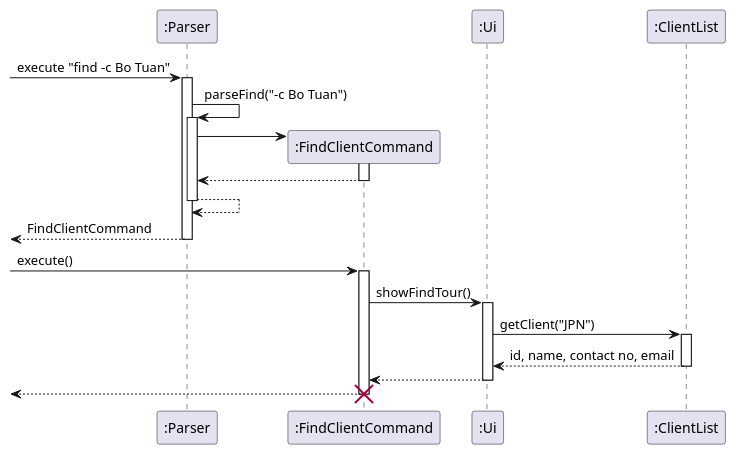
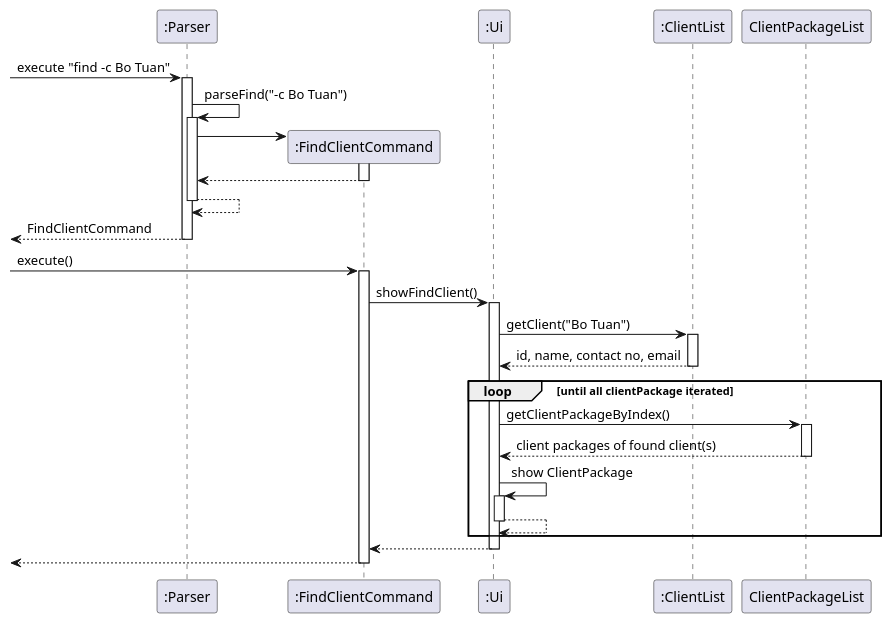
Before and after one commit to nus-cs2113-AY2122S1/tp: the diagram in src/main/java/seedu/uml/FindClientTest.puml, drawn with PlantUML. The commit also changed 9 other files, not shown here.

Commit message:
Commit Javadoc for some Ui functions, change to findclient UML

```diff
--- a/src/main/java/seedu/uml/FindClientTest.puml
+++ b/src/main/java/seedu/uml/FindClientTest.puml
@@ -1,44 +1,51 @@
 @startuml
 
 participant ":Parser" as Parser
 participant ":FindClientCommand" as FCC
 participant ":Ui" as Ui
 participant ":ClientList" as TourList
 
 -> Parser: execute "find -c Bo Tuan"
 activate Parser
 Parser -> Parser : parseFind("-c Bo Tuan")
 activate Parser
 
 
 
 create FCC
 Parser -> FCC
 activate FCC
 FCC --> Parser
 deactivate FCC
 Parser --> Parser
 deactivate Parser
 <-- Parser: FindClientCommand
 deactivate Parser
 
 -> FCC: execute()
 activate FCC
 
 
 
-FCC -> Ui : showFindTour()
+FCC -> Ui : showFindClient()
 activate Ui
-Ui -> TourList : getClient("JPN")
+Ui -> TourList : getClient("Bo Tuan")
 activate TourList
 TourList --> Ui : id, name, contact no, email
 deactivate TourList
-
+loop until all clientPackage iterated
+    Ui -> ClientPackageList : getClientPackageByIndex()
+    activate ClientPackageList
+    ClientPackageList --> Ui: client packages of found client(s)
+    deactivate ClientPackageList
+    Ui -> Ui: show ClientPackage
+    activate Ui
+    Ui --> Ui
+    deactivate Ui
+end
 Ui --> FCC
 deactivate Ui
 
 <-- FCC
 deactivate FCC
-
-destroy FCC
 @enduml
```
